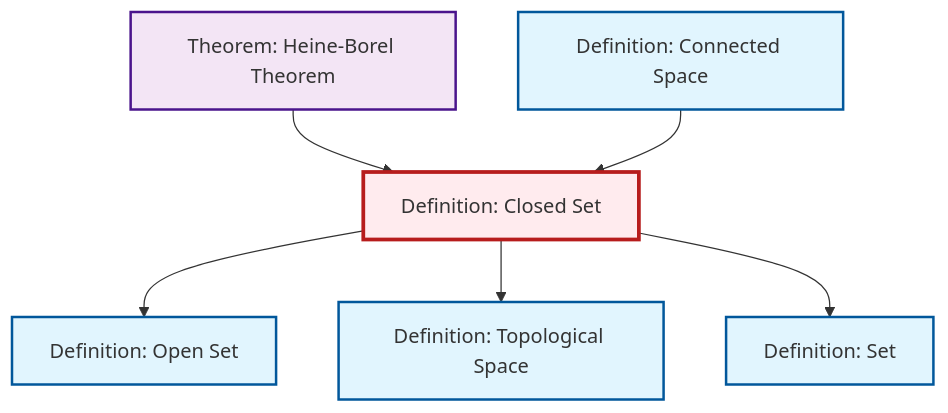
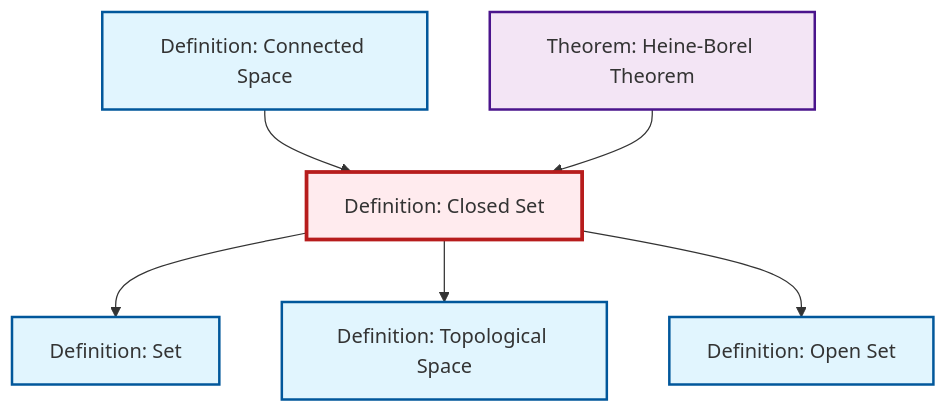
One commit to RK0429/ModernMath changed the diagram in output/mermaid/en/def-closed-set.mermaid. Above: the diagram before and after it, drawn with Mermaid. The commit also changed other lines of this file and 3102 other files, not shown here.

```diff
--- a/output/mermaid/en/def-closed-set.mermaid
+++ b/output/mermaid/en/def-closed-set.mermaid
@@ -1,19 +1,19 @@
 %%| fig-cap: "Local dependency graph"
 graph TD
     classDef definition fill:#e1f5fe,stroke:#01579b,stroke-width:2px
     classDef theorem fill:#f3e5f5,stroke:#4a148c,stroke-width:2px
     classDef axiom fill:#fff3e0,stroke:#e65100,stroke-width:2px
     classDef example fill:#e8f5e9,stroke:#1b5e20,stroke-width:2px
     classDef current fill:#ffebee,stroke:#b71c1c,stroke-width:3px
+    def-topological-space["Definition: Topological Space"]:::definition
+    def-open-set["Definition: Open Set"]:::definition
+    def-set["Definition: Set"]:::definition
+    thm-heine-borel["Theorem: Heine-Borel Theorem"]:::theorem
+    def-connected["Definition: Connected Space"]:::definition
     def-closed-set["Definition: Closed Set"]:::definition
-    def-topological-space["Definition: Topological Space"]:::definition
-    def-set["Definition: Set"]:::definition
-    def-connected["Definition: Connected Space"]:::definition
-    thm-heine-borel["Theorem: Heine-Borel Theorem"]:::theorem
-    def-open-set["Definition: Open Set"]:::definition
+    def-connected --> def-closed-set
     thm-heine-borel --> def-closed-set
+    def-closed-set --> def-set
+    def-closed-set --> def-topological-space
     def-closed-set --> def-open-set
-    def-connected --> def-closed-set
-    def-closed-set --> def-topological-space
-    def-closed-set --> def-set
     class def-closed-set current
```
